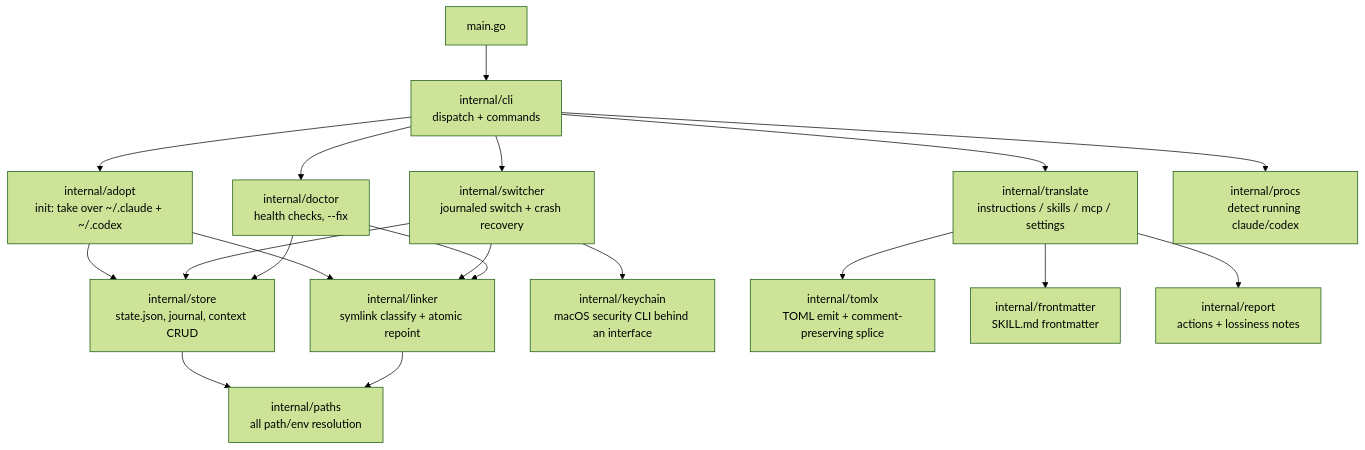
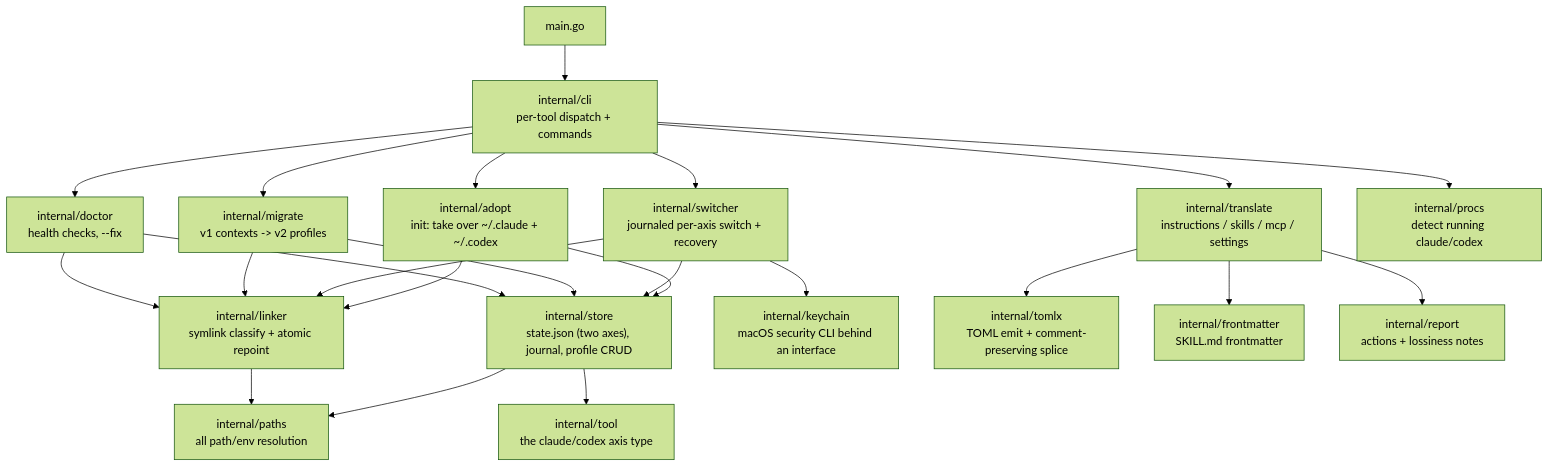
Before and after one commit to tlrmchlsmth/claudectx: the diagram in README.md, drawn with Mermaid (forest theme). The commit also changed other lines of this file and 22 other files, not shown here.

First line of the commit message:
v2: decouple Claude and Codex into per-tool profiles

````diff
--- a/README.md
+++ b/README.md
@@ -169,27 +205,31 @@
 ```mermaid
 graph TD
-    main["main.go"] --> cli["internal/cli<br/>dispatch + commands"]
+    main["main.go"] --> cli["internal/cli<br/>per-tool dispatch + commands"]
 
     cli --> adopt["internal/adopt<br/>init: take over ~/.claude + ~/.codex"]
-    cli --> switcher["internal/switcher<br/>journaled switch + crash recovery"]
+    cli --> switcher["internal/switcher<br/>journaled per-axis switch + recovery"]
+    cli --> migratepkg["internal/migrate<br/>v1 contexts -> v2 profiles"]
     cli --> doctor["internal/doctor<br/>health checks, --fix"]
     cli --> translate["internal/translate<br/>instructions / skills / mcp / settings"]
 
     adopt --> linker["internal/linker<br/>symlink classify + atomic repoint"]
     switcher --> linker
+    migratepkg --> linker
     doctor --> linker
 
-    adopt --> store["internal/store<br/>state.json, journal, context CRUD"]
+    adopt --> store["internal/store<br/>state.json (two axes), journal, profile CRUD"]
     switcher --> store
+    migratepkg --> store
     doctor --> store
 
     switcher --> keychain["internal/keychain<br/>macOS security CLI behind an interface"]
     cli --> procs["internal/procs<br/>detect running claude/codex"]
 
     translate --> tomlx["internal/tomlx<br/>TOML emit + comment-preserving splice"]
     translate --> frontmatter["internal/frontmatter<br/>SKILL.md frontmatter"]
     translate --> reportpkg["internal/report<br/>actions + lossiness notes"]
 
     store --> paths["internal/paths<br/>all path/env resolution"]
+    store --> toolpkg["internal/tool<br/>the claude/codex axis type"]
     linker --> paths
 ```
````
